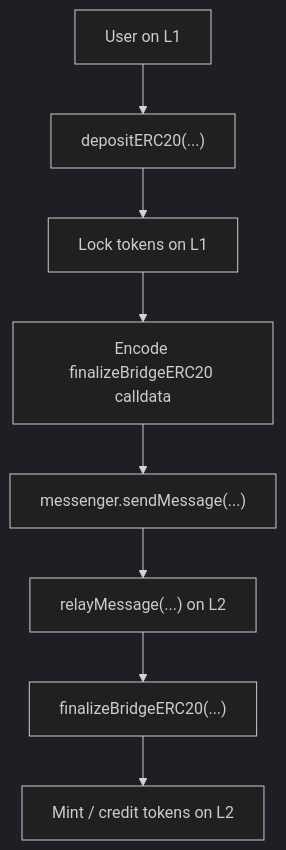
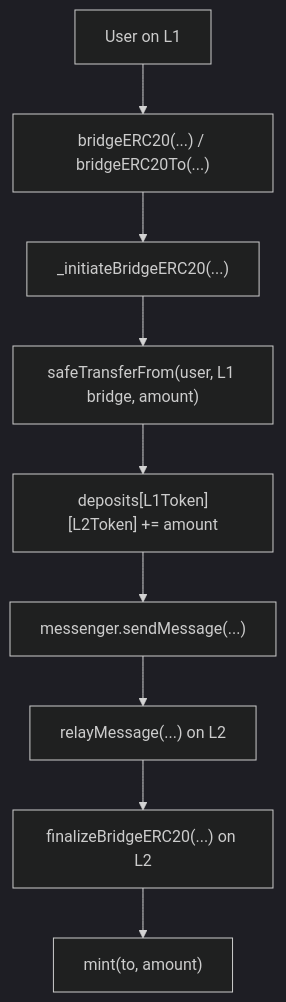
Before and after one commit to Keedz1Off/optimism-bridge-flow-local-review: the first of 2 diagrams in README.md, drawn with Mermaid (dark theme). The commit also changed other lines of this file and 11 other files, not shown here.

````diff
--- a/README.md
+++ b/README.md
@@ -19,10 +25,11 @@
 ```mermaid
 flowchart TD
-    A["User on L1"] --> B["depositERC20(...)"]
-    B --> C["Lock tokens on L1"]
-    C --> D["Encode finalizeBridgeERC20 calldata"]
-    D --> E["messenger.sendMessage(...)"]
-    E --> F["relayMessage(...) on L2"]
-    F --> G["finalizeBridgeERC20(...)"]
-    G --> H["Mint / credit tokens on L2"]
+    A["User on L1"] --> B["bridgeERC20(...) / bridgeERC20To(...)"]
+    B --> C["_initiateBridgeERC20(...)"]
+    C --> D["safeTransferFrom(user, L1 bridge, amount)"]
+    D --> E["deposits[L1Token][L2Token] += amount"]
+    E --> F["messenger.sendMessage(...)"]
+    F --> G["relayMessage(...) on L2"]
+    G --> H["finalizeBridgeERC20(...) on L2"]
+    H --> I["mint(to, amount)"]
 ```
````
